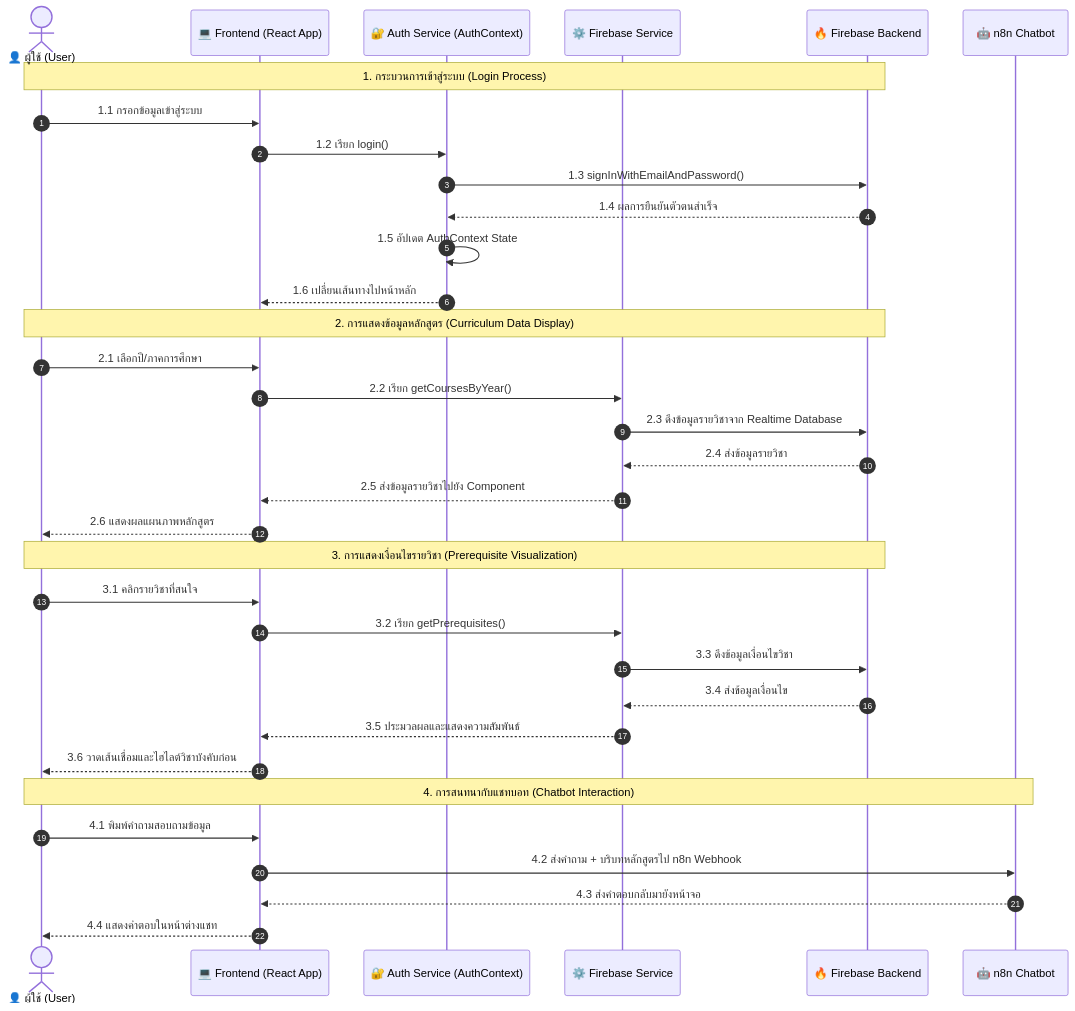
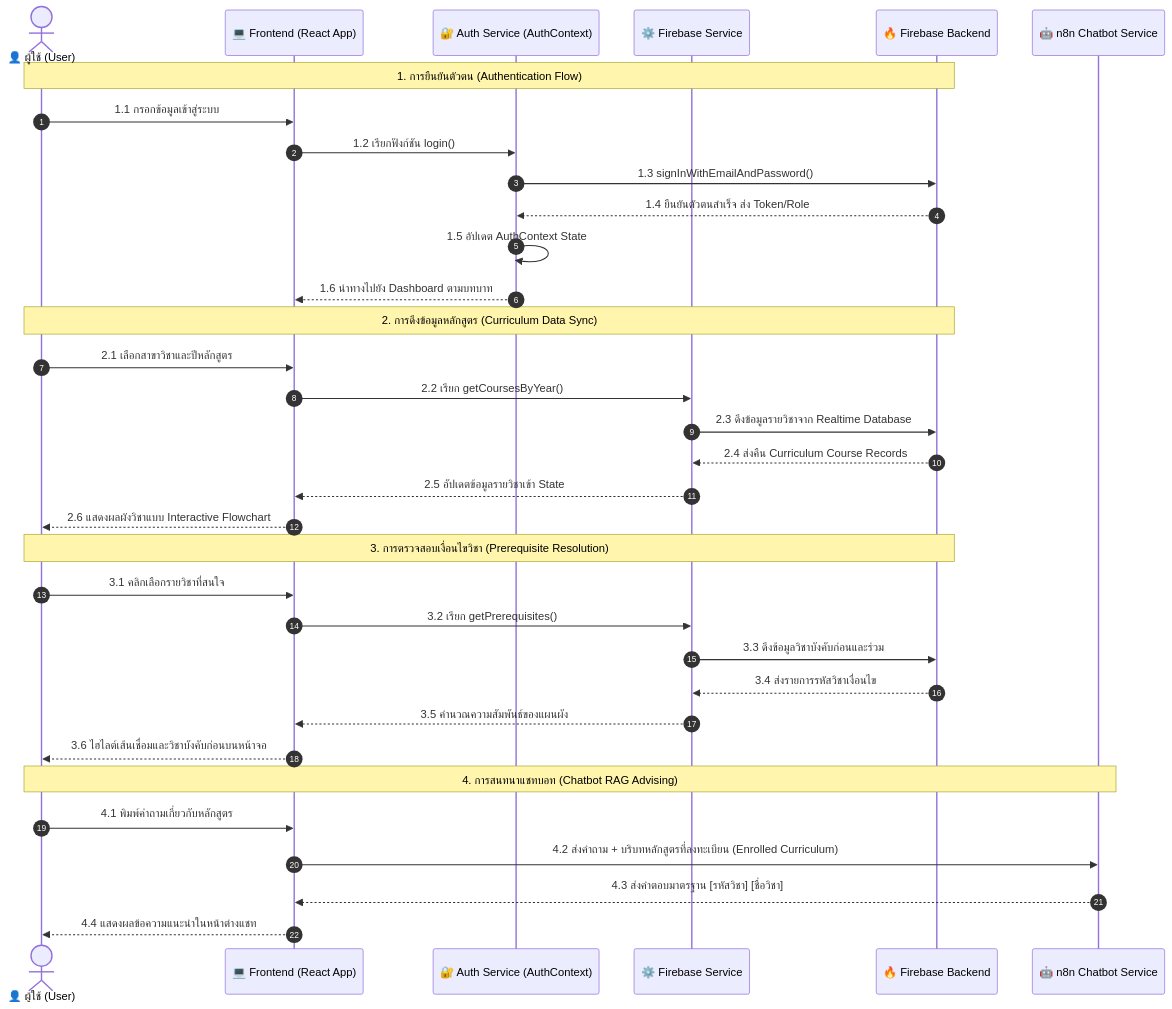
One commit to kainapatkmutnb/it-course-chatbot-main changed the fourth of 4 diagrams in README.md. Above: the diagram before and after it, drawn with Mermaid. The commit also changed other lines of this file and 1 other file, not shown here.

Commit message:
docs: redesign README with luxury editorial hero, bento metric showcase, and designer-grade diagrams

````diff
--- a/README.md
+++ b/README.md
@@ -211,44 +232,44 @@
 ```mermaid
 sequenceDiagram
     autonumber
     actor User as 👤 ผู้ใช้ (User)
     participant UI as 💻 Frontend (React App)
     participant Auth as 🔐 Auth Service (AuthContext)
     participant Svc as ⚙️ Firebase Service
     participant FB as 🔥 Firebase Backend
-    participant N8N as 🤖 n8n Chatbot
+    participant N8N as 🤖 n8n Chatbot Service
 
     %% Step 1: Login
-    Note over User,FB: 1. กระบวนการเข้าสู่ระบบ (Login Process)
+    Note over User,FB: 1. การยืนยันตัวตน (Authentication Flow)
     User->>UI: 1.1 กรอกข้อมูลเข้าสู่ระบบ
-    UI->>Auth: 1.2 เรียก login()
+    UI->>Auth: 1.2 เรียกฟังก์ชัน login()
     Auth->>FB: 1.3 signInWithEmailAndPassword()
-    FB-->>Auth: 1.4 ผลการยืนยันตัวตนสำเร็จ
+    FB-->>Auth: 1.4 ยืนยันตัวตนสำเร็จ ส่ง Token/Role
     Auth->>Auth: 1.5 อัปเดต AuthContext State
-    Auth-->>UI: 1.6 เปลี่ยนเส้นทางไปหน้าหลัก
+    Auth-->>UI: 1.6 นำทางไปยัง Dashboard ตามบทบาท
 
     %% Step 2: Curriculum Display
-    Note over User,FB: 2. การแสดงข้อมูลหลักสูตร (Curriculum Data Display)
-    User->>UI: 2.1 เลือกปี/ภาคการศึกษา
+    Note over User,FB: 2. การดึงข้อมูลหลักสูตร (Curriculum Data Sync)
+    User->>UI: 2.1 เลือกสาขาวิชาและปีหลักสูตร
     UI->>Svc: 2.2 เรียก getCoursesByYear()
     Svc->>FB: 2.3 ดึงข้อมูลรายวิชาจาก Realtime Database
-    FB-->>Svc: 2.4 ส่งข้อมูลรายวิชา
-    Svc-->>UI: 2.5 ส่งข้อมูลรายวิชาไปยัง Component
-    UI-->>User: 2.6 แสดงผลแผนภาพหลักสูตร
+    FB-->>Svc: 2.4 ส่งคืน Curriculum Course Records
+    Svc-->>UI: 2.5 อัปเดตข้อมูลรายวิชาเข้า State
+    UI-->>User: 2.6 แสดงผลผังวิชาแบบ Interactive Flowchart
 
     %% Step 3: Prerequisites
-    Note over User,FB: 3. การแสดงเงื่อนไขรายวิชา (Prerequisite Visualization)
-    User->>UI: 3.1 คลิกรายวิชาที่สนใจ
+    Note over User,FB: 3. การตรวจสอบเงื่อนไขวิชา (Prerequisite Resolution)
+    User->>UI: 3.1 คลิกเลือกรายวิชาที่สนใจ
     UI->>Svc: 3.2 เรียก getPrerequisites()
-    Svc->>FB: 3.3 ดึงข้อมูลเงื่อนไขวิชา
-    FB-->>Svc: 3.4 ส่งข้อมูลเงื่อนไข
-    Svc-->>UI: 3.5 ประมวลผลและแสดงความสัมพันธ์
-    UI-->>User: 3.6 วาดเส้นเชื่อมและไฮไลต์วิชาบังคับก่อน
+    Svc->>FB: 3.3 ดึงข้อมูลวิชาบังคับก่อนและร่วม
+    FB-->>Svc: 3.4 ส่งรายการรหัสวิชาเงื่อนไข
+    Svc-->>UI: 3.5 คำนวณความสัมพันธ์ของแผนผัง
+    UI-->>User: 3.6 ไฮไลต์เส้นเชื่อมและวิชาบังคับก่อนบนหน้าจอ
 
     %% Step 4: Chatbot Interaction
-    Note over User,N8N: 4. การสนทนากับแชทบอท (Chatbot Interaction)
-    User->>UI: 4.1 พิมพ์คำถามสอบถามข้อมูล
-    UI->>N8N: 4.2 ส่งคำถาม + บริบทหลักสูตรไป n8n Webhook
-    N8N-->>UI: 4.3 ส่งคำตอบกลับมายังหน้าจอ
-    UI-->>User: 4.4 แสดงคำตอบในหน้าต่างแชท
+    Note over User,N8N: 4. การสนทนาแชทบอท (Chatbot RAG Advising)
+    User->>UI: 4.1 พิมพ์คำถามเกี่ยวกับหลักสูตร
+    UI->>N8N: 4.2 ส่งคำถาม + บริบทหลักสูตรที่ลงทะเบียน (Enrolled Curriculum)
+    N8N-->>UI: 4.3 ส่งคำตอบมาตรฐาน [รหัสวิชา] [ชื่อวิชา]
+    UI-->>User: 4.4 แสดงผลข้อความแนะนำในหน้าต่างแชท
 ```
````
